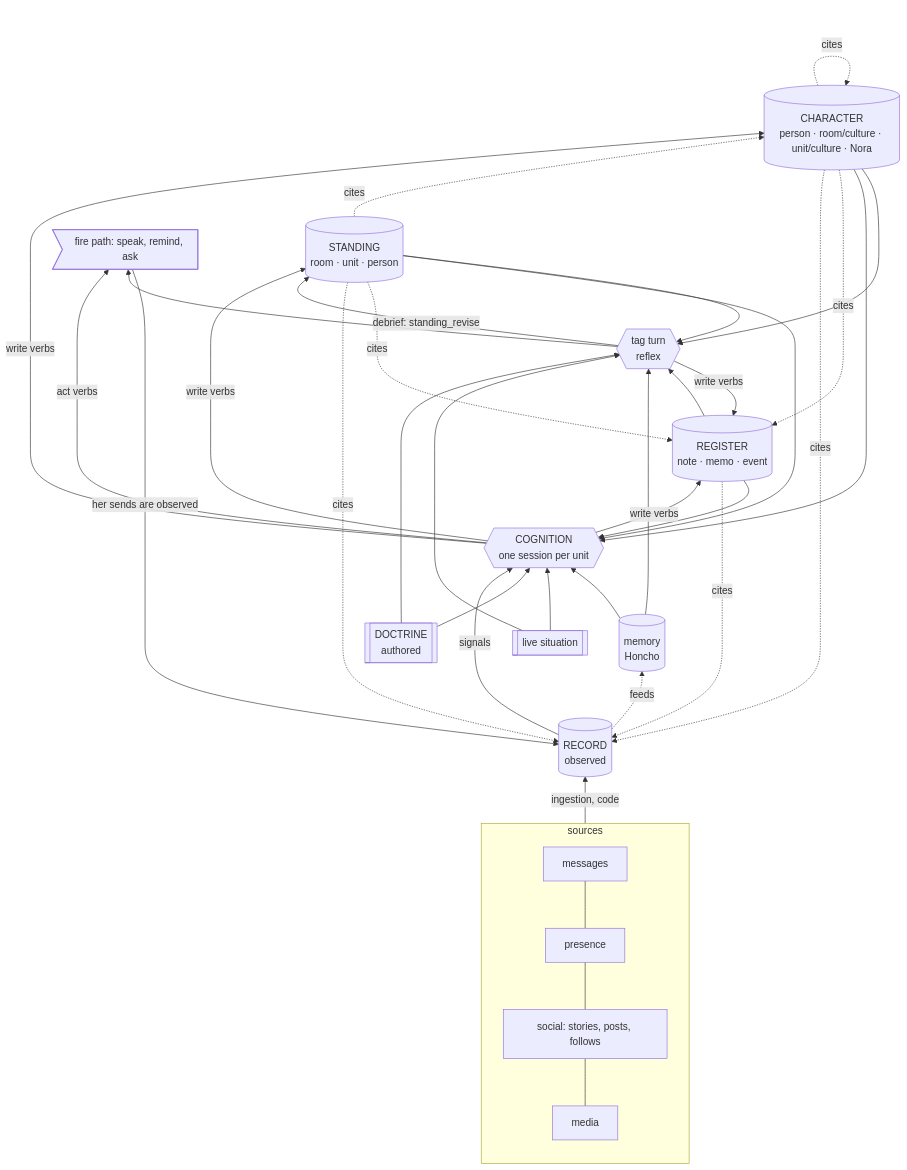
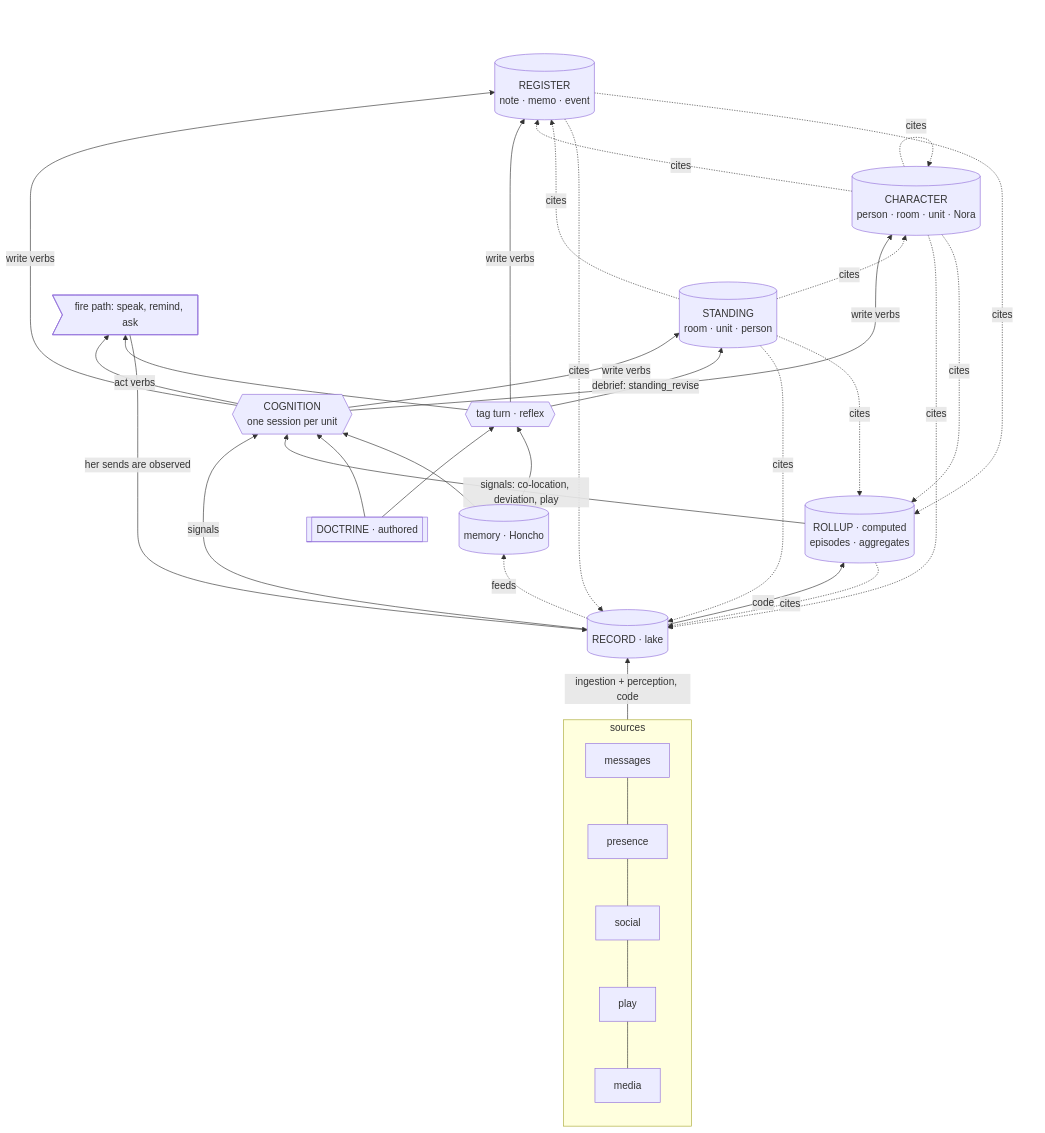
One commit to mikeng-io/nora changed the diagram in design/cognition-loop/15-map.md. Above: the diagram before and after it, drawn with Mermaid. The commit also changed other lines of this file and 11 other files, not shown here.

````diff
--- a/design/cognition-loop/15-map.md
+++ b/design/cognition-loop/15-map.md
@@ -54,35 +87,34 @@
 ```mermaid
 flowchart BT
   subgraph SRC[sources]
-    MSG[messages] --- PRES[presence] --- SOC[social: stories, posts, follows] --- MED[media]
+    MSG[messages] --- PRES[presence] --- SOC[social] --- PLAY[play] --- MED[media]
   end
-  REC[(RECORD<br/>observed)]
+  REC[(RECORD · lake)]
+  ROL[(ROLLUP · computed<br/>episodes · aggregates)]
   REG[(REGISTER<br/>note · memo · event)]
-  CHR[(CHARACTER<br/>person · room/culture · unit/culture · Nora)]
+  CHR[(CHARACTER<br/>person · room · unit · Nora)]
   STD[(STANDING<br/>room · unit · person)]
-  MEM[(memory<br/>Honcho)]
-  DOC[[DOCTRINE<br/>authored]]
-  LIVE[[live situation]]
+  MEM[(memory · Honcho)]
+  DOC[[DOCTRINE · authored]]
   COG{{COGNITION<br/>one session per unit}}
-  TAG{{tag turn<br/>reflex}}
+  TAG{{tag turn · reflex}}
   FIRE>fire path: speak, remind, ask]
 
-  SRC -->|ingestion, code| REC
+  SRC -->|ingestion + perception, code| REC
+  REC -->|code| ROL
   REC -->|signals| COG
+  ROL -->|signals: co-location, deviation, play| COG
   REC -.feeds.-> MEM
-  COG -->|write verbs| REG
-  COG -->|write verbs| CHR
-  COG -->|write verbs| STD
+  COG -->|write verbs| REG & CHR & STD
   COG -->|act verbs| FIRE
   TAG -->|write verbs| REG
   TAG -->|debrief: standing_revise| STD
   TAG --> FIRE
   FIRE -->|her sends are observed| REC
-  REG -. cites .-> REC
-  CHR -. cites .-> REC & REG & CHR
-  STD -. cites .-> REC & REG & CHR
+  ROL -. cites .-> REC
+  REG -. cites .-> REC & ROL
+  CHR -. cites .-> REC & ROL & REG & CHR
+  STD -. cites .-> REC & ROL & REG & CHR
   DOC --> COG & TAG
-  LIVE --> COG & TAG
   MEM --> COG & TAG
-  REG & CHR & STD --> COG & TAG
 ```
````
